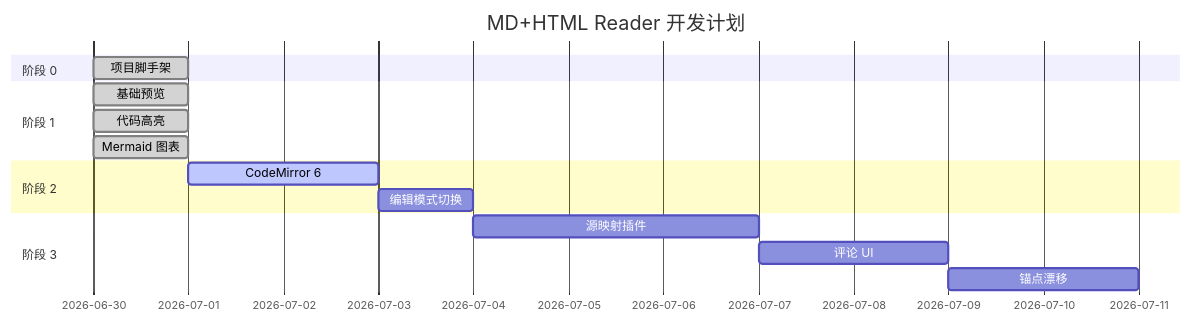
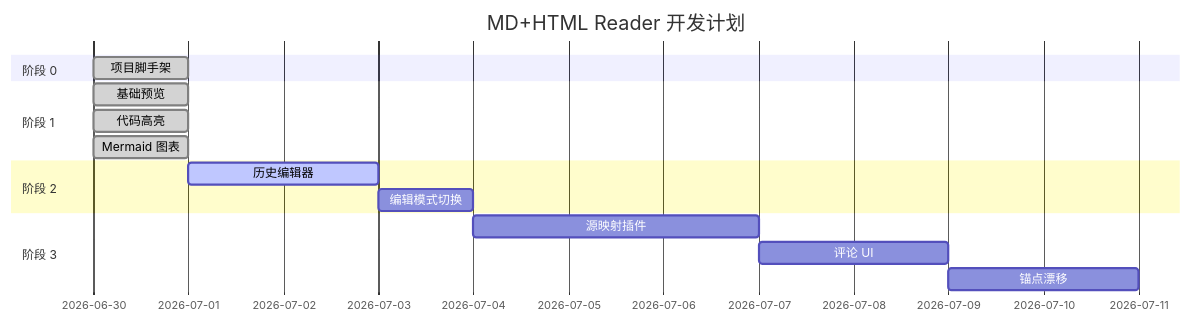
One commit to wangml1e4/md-html-reader changed the third of 3 diagrams in test-doc.md. Above: the diagram before and after it, drawn with Mermaid. The commit also changed other lines of this file and 75 other files, not shown here.

````diff
--- a/test-doc.md
+++ b/test-doc.md
@@ -102,18 +102,18 @@
 ```mermaid
 gantt
     title MD+HTML Reader 开发计划
     dateFormat  YYYY-MM-DD
     section 阶段 0
     项目脚手架           :done, 2026-06-30, 1d
     section 阶段 1
     基础预览            :done, 2026-06-30, 1d
     代码高亮            :done, 2026-06-30, 1d
     Mermaid 图表        :done, 2026-06-30, 1d
     section 阶段 2
-    CodeMirror 6        :active, 2026-07-01, 2d
+    历史编辑器          :active, 2026-07-01, 2d
     编辑模式切换        :2026-07-03, 1d
     section 阶段 3
     源映射插件          :2026-07-04, 3d
     评论 UI             :2026-07-07, 2d
     锚点漂移            :2026-07-09, 2d
 ```
````
